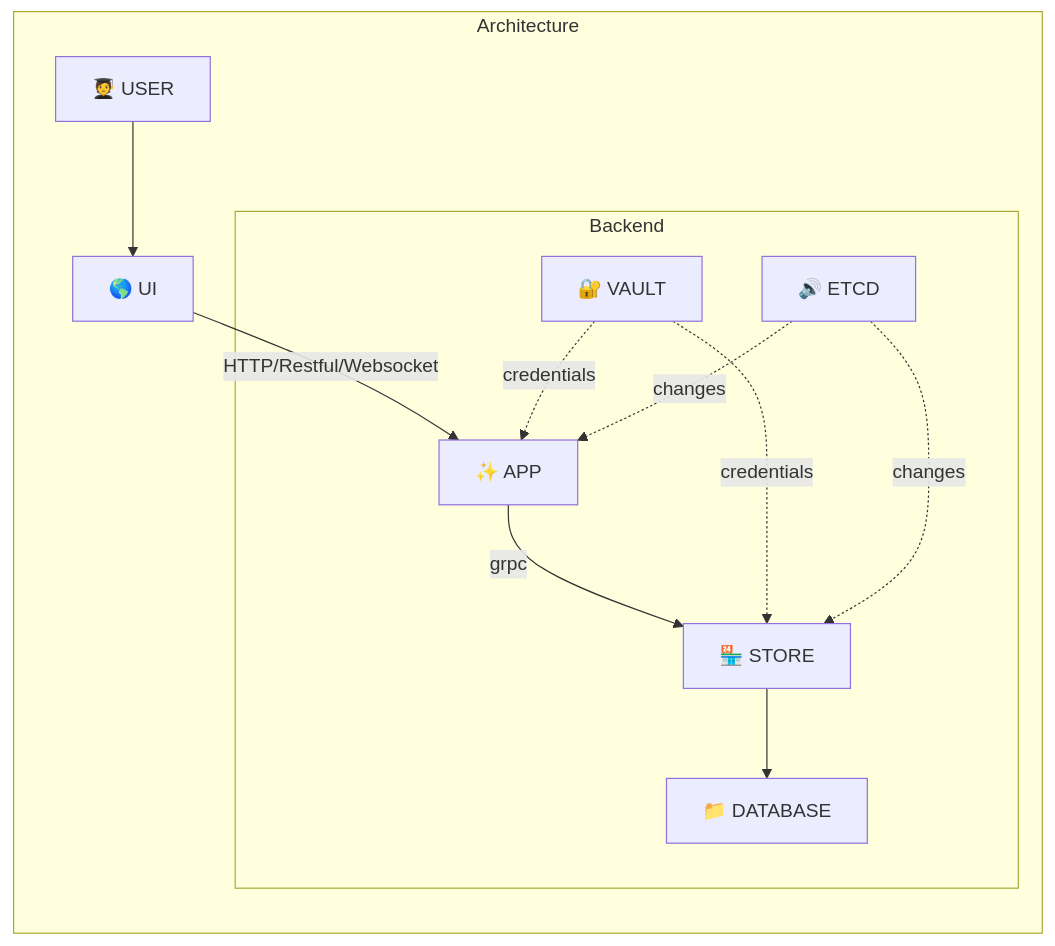
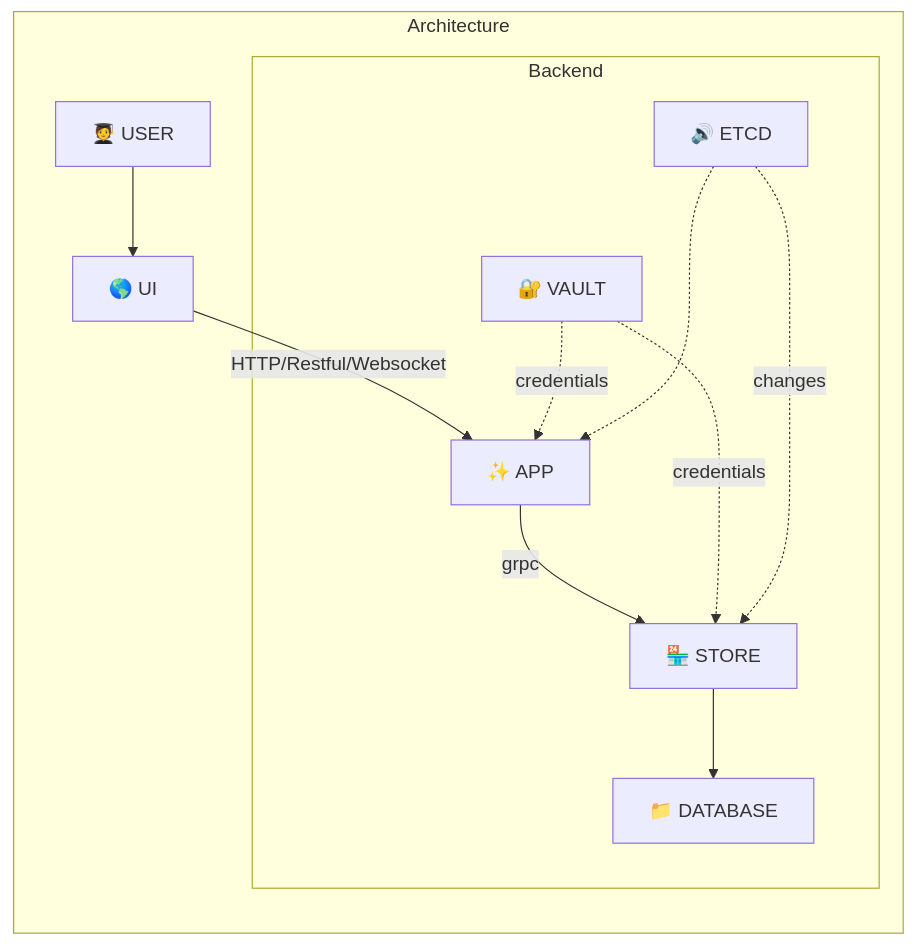
Before and after one commit to andytruong/tammy: the diagram in README.md, drawn with Mermaid. The commit also changed other lines of this file, not shown here.

````diff
--- a/README.md
+++ b/README.md
@@ -4,27 +4,27 @@
 ```mermaid
 graph LR
 
 vault["🔐 VAULT"]
 ui["🌎 UI"]
 app["✨ APP"] 
 store["🏪 STORE"] 
 db["📁 DATABASE"]
 etcd["🔊 ETCD"]
 
 subgraph Architecture
   user["🧑‍🎓 USER"] 
     --> ui
     -- "HTTP/Restful/Websocket" --> app
 
   subgraph Backend
       app
           -- "grpc" --> store
           --> db
 
       vault -. "credentials" .-> app
       vault -. "credentials" .-> store
-      etcd -. "changes" .-> app
+      etcd -..-> app
       etcd -. "changes" .-> store
   end
 end
 ```
````
